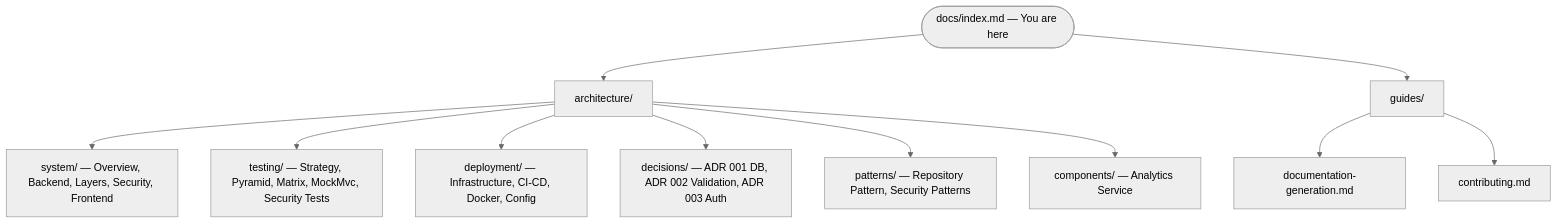
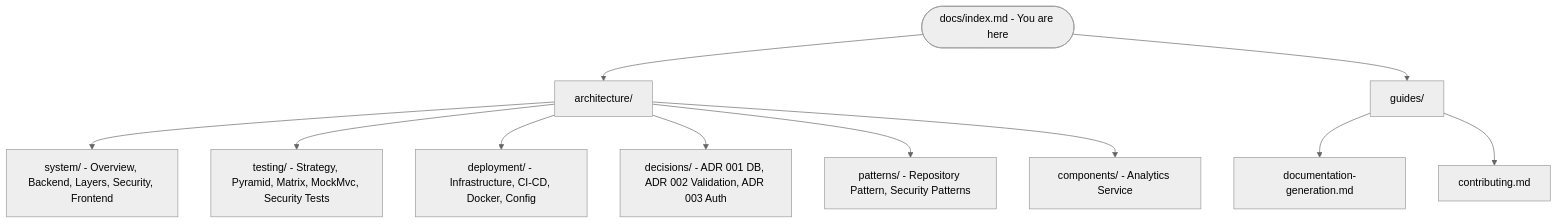
Before and after one commit to Keglev/stockease: the diagram in docs/index.md, drawn with Mermaid (neutral theme). The commit also changed 5 other files, not shown here.

Commit message:
fixed rendering problems in Docs website and in mermaid diagrams; updated scripts for docs rendering

````diff
--- a/docs/index.md
+++ b/docs/index.md
@@ -16,16 +16,16 @@
 ```mermaid
 graph TD
-    Root([docs/index.md — You are here])
+    Root(["docs/index.md - You are here"])
 
-    Root --> Arch[architecture/]
-    Arch --> System[system/ — Overview, Backend, Layers, Security, Frontend]
-    Arch --> Testing[testing/ — Strategy, Pyramid, Matrix, MockMvc, Security Tests]
-    Arch --> Deployment[deployment/ — Infrastructure, CI-CD, Docker, Config]
-    Arch --> Decisions[decisions/ — ADR 001 DB, ADR 002 Validation, ADR 003 Auth]
-    Arch --> Patterns[patterns/ — Repository Pattern, Security Patterns]
-    Arch --> Components[components/ — Analytics Service]
+    Root --> Arch["architecture/"]
+    Arch --> System["system/ - Overview, Backend, Layers, Security, Frontend"]
+    Arch --> Testing["testing/ - Strategy, Pyramid, Matrix, MockMvc, Security Tests"]
+    Arch --> Deployment["deployment/ - Infrastructure, CI-CD, Docker, Config"]
+    Arch --> Decisions["decisions/ - ADR 001 DB, ADR 002 Validation, ADR 003 Auth"]
+    Arch --> Patterns["patterns/ - Repository Pattern, Security Patterns"]
+    Arch --> Components["components/ - Analytics Service"]
 
-    Root --> Guides[guides/]
-    Guides --> Gen[documentation-generation.md]
-    Guides --> Contributing[contributing.md]
+    Root --> Guides["guides/"]
+    Guides --> Gen["documentation-generation.md"]
+    Guides --> Contributing["contributing.md"]
 ```
````
